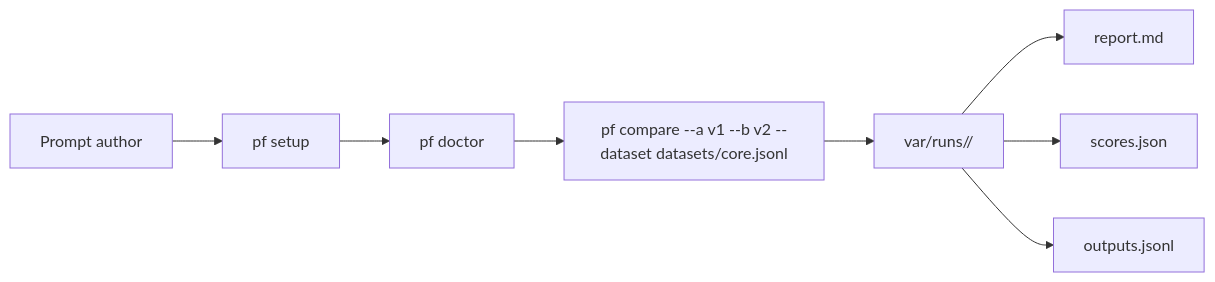
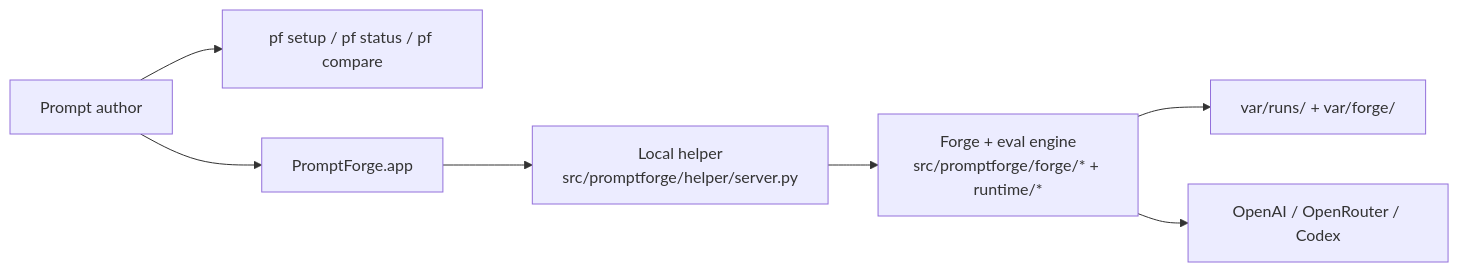
The diagram in README.md (MikesHorcrux/PromptForge), drawn with Mermaid before and after one commit. The commit also changed other lines of this file and 34 other files, not shown here.

````diff
--- a/README.md
+++ b/README.md
@@ -37,10 +40,9 @@
 ```mermaid
 flowchart LR
-  Author["Prompt author"] --> Setup["pf setup"]
-  Setup --> Doctor["pf doctor"]
-  Doctor --> Compare["pf compare --a v1 --b v2 --dataset datasets/core.jsonl"]
-  Compare --> Artifacts["var/runs/<run_id>/"]
-  Artifacts --> Report["report.md"]
-  Artifacts --> Scores["scores.json"]
-  Artifacts --> Outputs["outputs.jsonl"]
+  Author["Prompt author"] --> CLI["pf setup / pf status / pf compare"]
+  Author --> App["PromptForge.app"]
+  App --> Helper["Local helper<br/>src/promptforge/helper/server.py"]
+  Helper --> Engine["Forge + eval engine<br/>src/promptforge/forge/* + runtime/*"]
+  Engine --> Artifacts["var/runs/ + var/forge/"]
+  Engine --> Providers["OpenAI / OpenRouter / Codex"]
 ```
````
